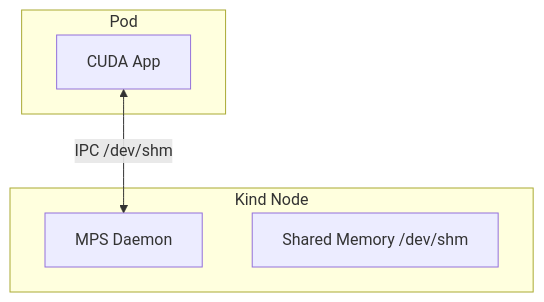
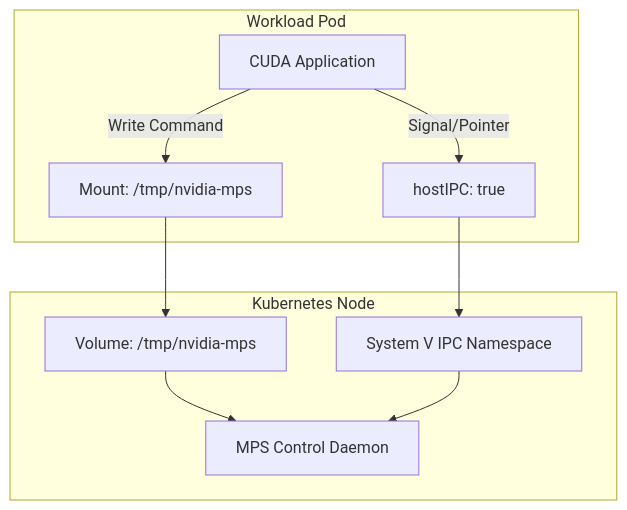
The diagram in docs/phase1/04-mps-basics.md (Shiritai/k8s-dra-workshop), drawn with Mermaid before and after one commit. The commit also changed other lines of this file and 4 other files, not shown here.

First line of the commit message:
docs(phase1): enhance diagrams and technical accuracy

````diff
--- a/docs/phase1/04-mps-basics.md
+++ b/docs/phase1/04-mps-basics.md
@@ -9,11 +24,17 @@
 ```mermaid
 graph TD
-    subgraph Kind Node
-        D[MPS Daemon]
-        S[Shared Memory /dev/shm]
+    subgraph "Kubernetes Node"
+        MPS[MPS Control Daemon]
+        Vol1[Volume: /tmp/nvidia-mps]
+        IPC[System V IPC Namespace]
     end
-    subgraph Pod
-        C[CUDA App]
+
+    subgraph "Workload Pod"
+        App[CUDA Application]
+        Mount1[Mount: /tmp/nvidia-mps]
+        Config1[hostIPC: true]
     end
-    C <-->|IPC /dev/shm| D
+
+    App -->|Write Command| Mount1 --> Vol1 --> MPS
+    App -->|Signal/Pointer| Config1 --> IPC --> MPS
 ```
````
